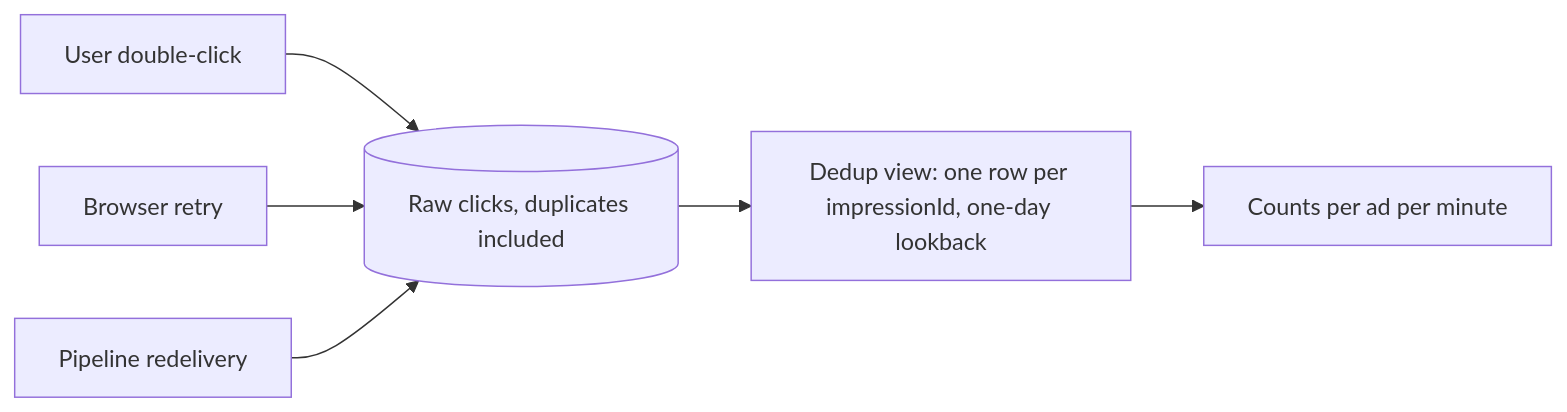
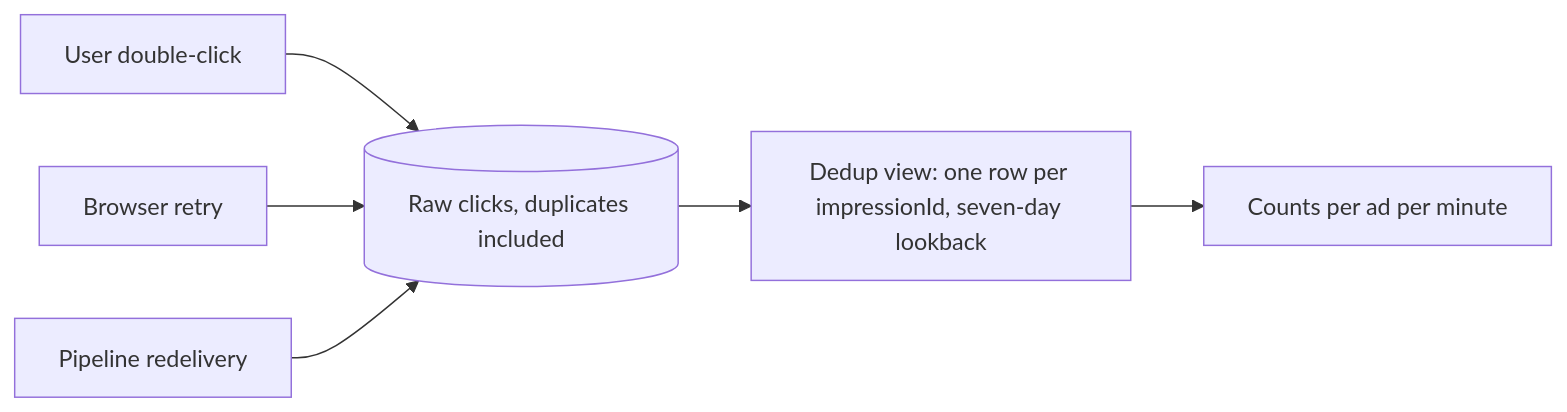
One commit to spabolu/system-design-modern changed the sixth of 10 diagrams in docs/06-case-studies/ad-click-aggregator.md. Above: the diagram before and after it, drawn with Mermaid. The commit also changed other lines of this file and 5 other files, not shown here.

````diff
--- a/docs/06-case-studies/ad-click-aggregator.md
+++ b/docs/06-case-studies/ad-click-aggregator.md
@@ -276,8 +276,8 @@
 ```mermaid
 flowchart LR
   D1["User double-click"] --> Raw
   D2["Browser retry"] --> Raw
   D3["Pipeline redelivery"] --> Raw
-  Raw[("Raw clicks, duplicates included")] --> Dedup["Dedup view: one row per impressionId, one-day lookback"]
+  Raw[("Raw clicks, duplicates included")] --> Dedup["Dedup view: one row per impressionId, seven-day lookback"]
   Dedup --> Counts["Counts per ad per minute"]
 ```
````
